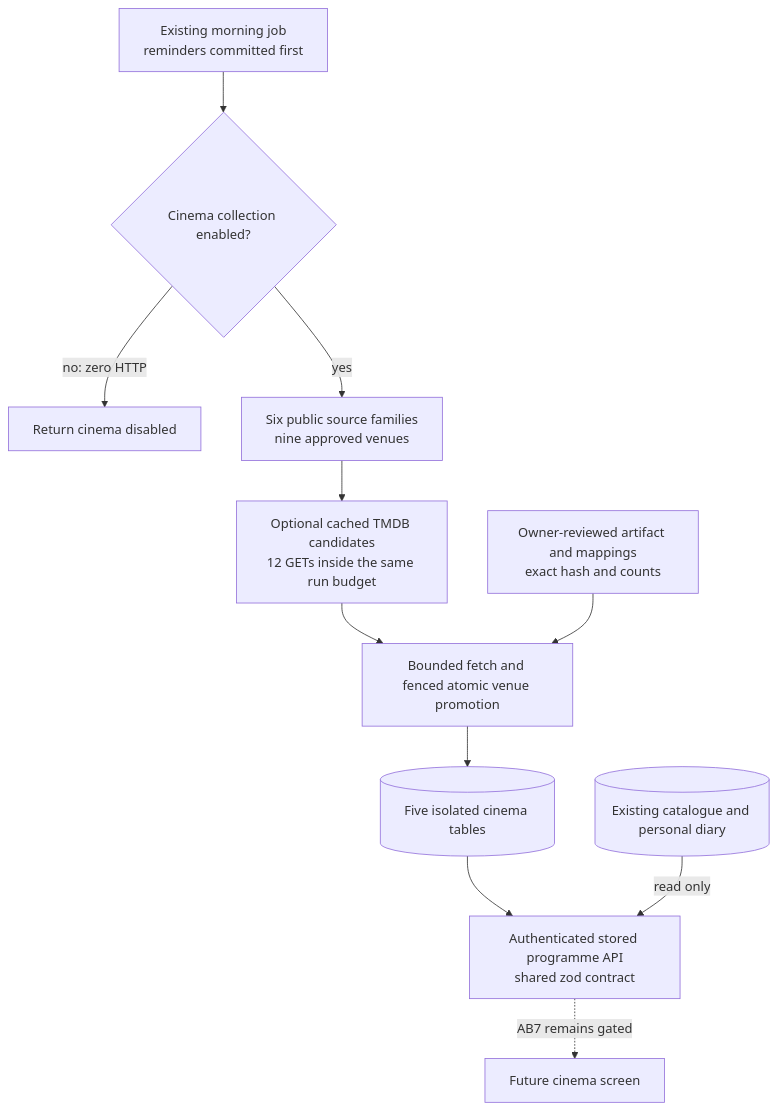
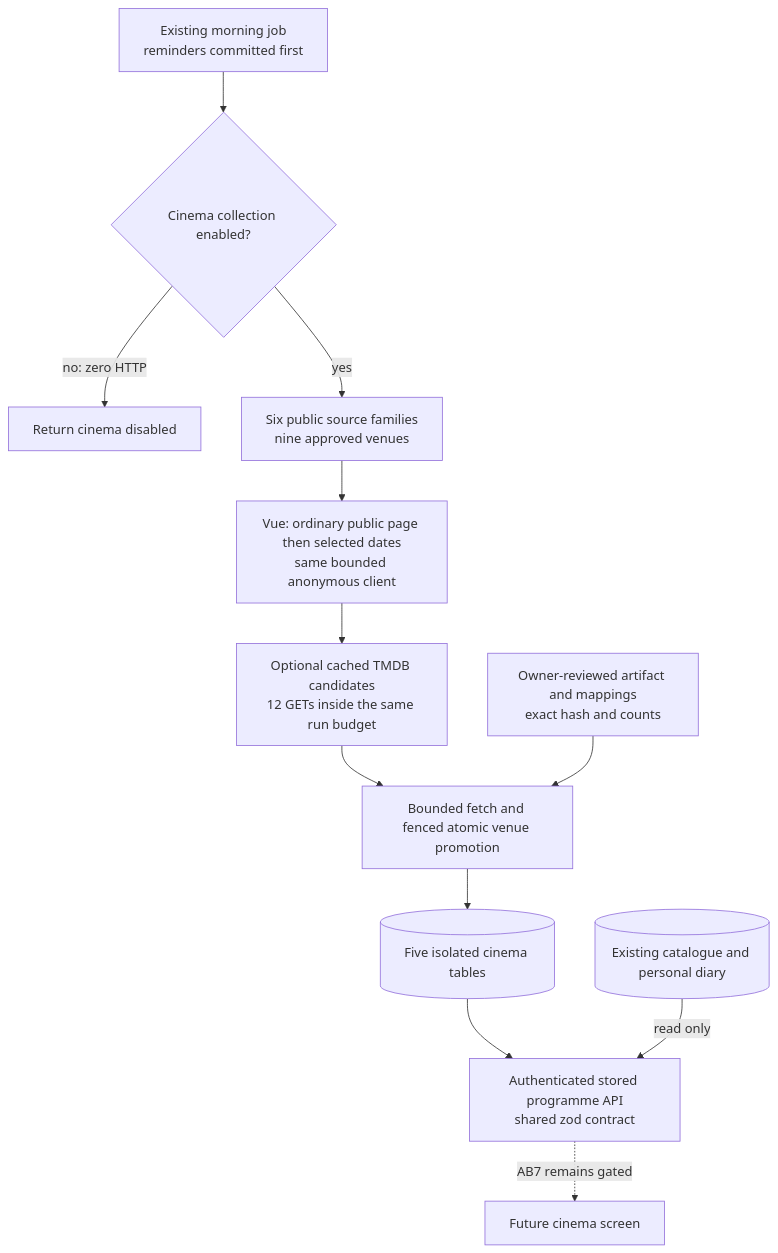
Before and after one commit to CraigR973/mcu-app: the second of 16 diagrams in docs/architecture-map.md, drawn with Mermaid. The commit also changed other lines of this file and 8 other files, not shown here.

Commit message:
feat(ab6): visit the ordinary Vue page before date collection

````diff
--- a/docs/architecture-map.md
+++ b/docs/architecture-map.md
@@ -20,13 +21,14 @@
 ```mermaid
 flowchart TB
     Reminder[Existing morning job<br/>reminders committed first] --> Disabled{Cinema collection enabled?}
     Disabled -- no: zero HTTP --> Stop[Return cinema disabled]
     Disabled -- yes --> Public[Six public source families<br/>nine approved venues]
-    Public --> Metadata[Optional cached TMDB candidates<br/>12 GETs inside the same run budget]
+    Public --> PageFirst[Vue: ordinary public page then selected dates<br/>same bounded anonymous client]
+    PageFirst --> Metadata[Optional cached TMDB candidates<br/>12 GETs inside the same run budget]
     Metadata --> Fence[Bounded fetch and fenced atomic venue promotion]
     Review[Owner-reviewed artifact and mappings<br/>exact hash and counts] --> Fence
     Fence --> Cinema[(Five isolated cinema tables)]
     Cinema --> Read[Authenticated stored programme API<br/>shared zod contract]
     Catalogue[(Existing catalogue and personal diary)] -- read only --> Read
     Read -. AB7 remains gated .-> Discovery[Future cinema screen]
 ```
````
